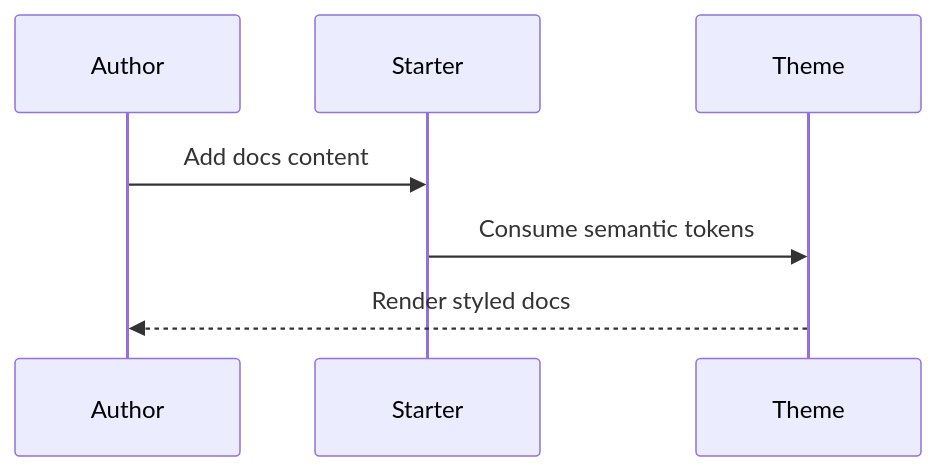
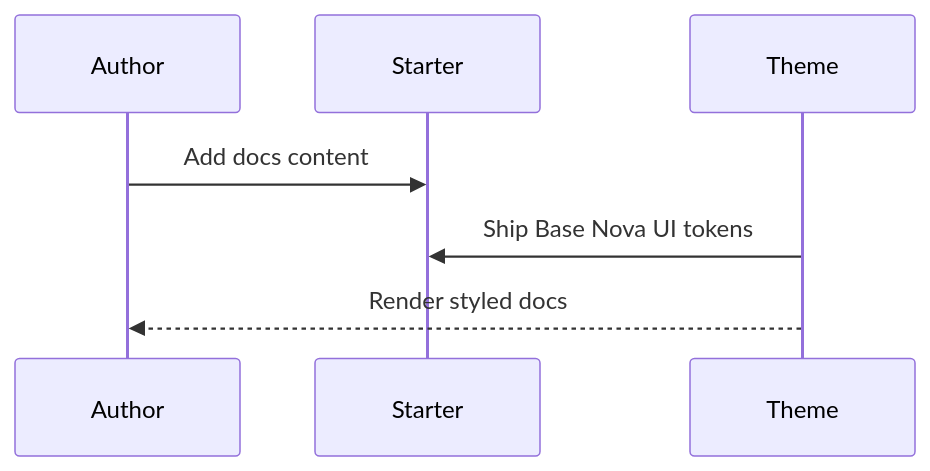
Before and after one commit to aeei/docusaurus-theme: the second of 3 diagrams in examples/docs-starter/docs/showcase/mermaid.md, drawn with Mermaid. The commit also changed 170 other files, not shown here.

Commit message:
feat: ship Base Nova docs theme

````diff
--- a/examples/docs-starter/docs/showcase/mermaid.md
+++ b/examples/docs-starter/docs/showcase/mermaid.md
@@ -22,9 +22,9 @@
 ```mermaid
 sequenceDiagram
   participant Author
   participant Starter
   participant Theme
   Author->>Starter: Add docs content
-  Starter->>Theme: Consume semantic tokens
+  Theme->>Starter: Ship Base Nova UI tokens
   Theme-->>Author: Render styled docs
 ```
````
